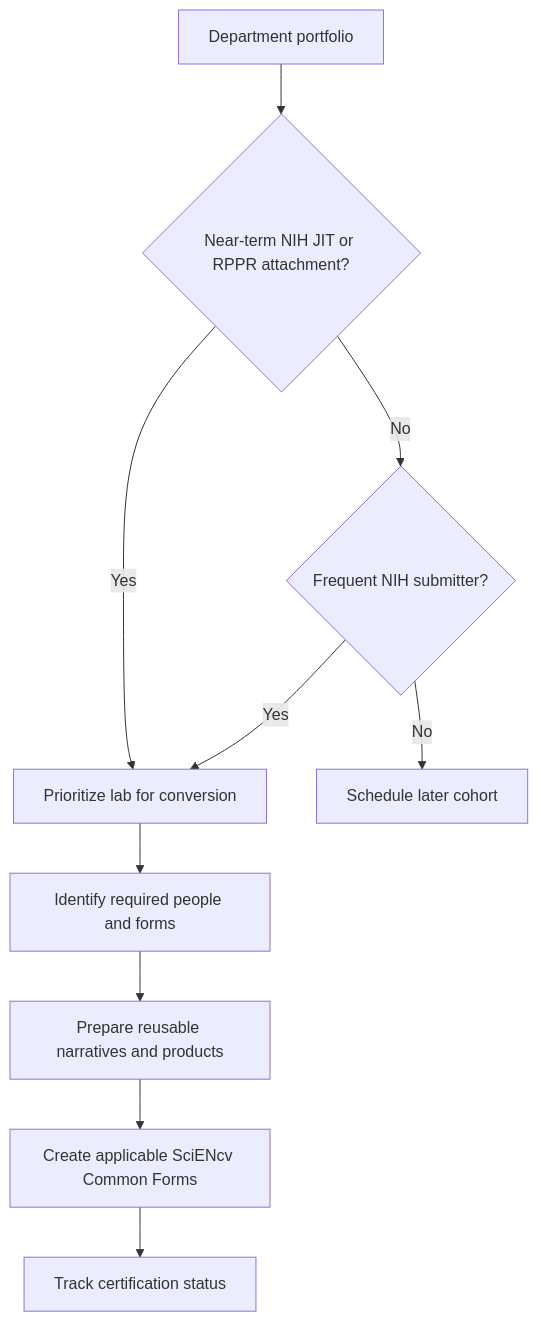
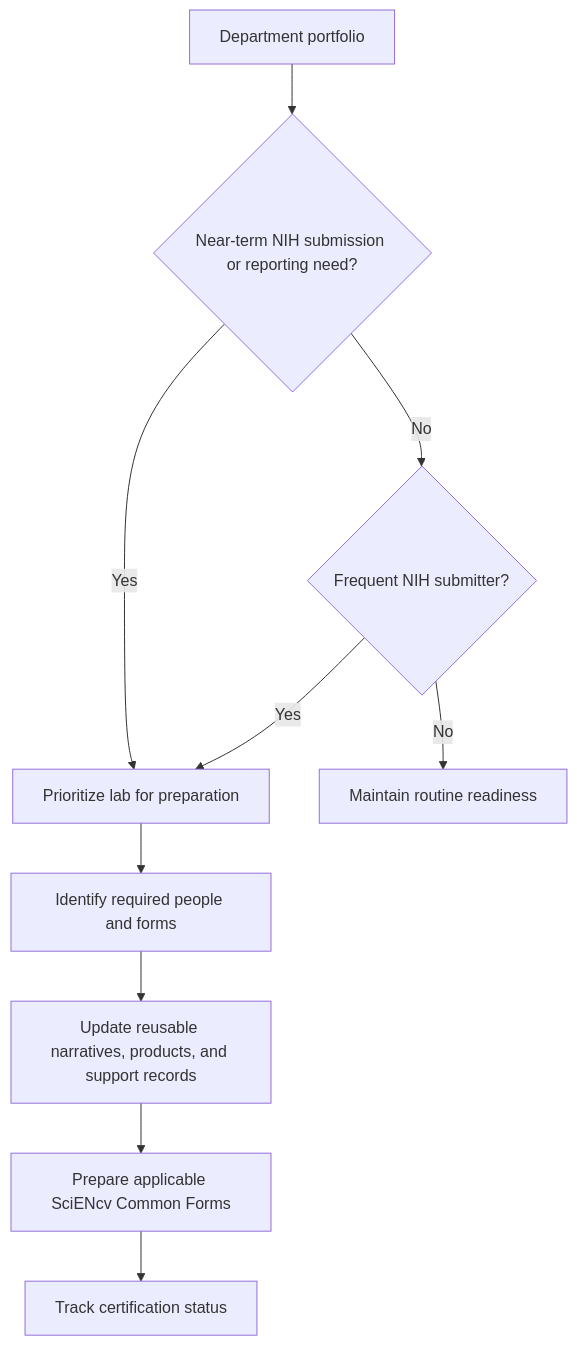
The diagram in docs/transition/bulk-migration.md (FritscheLab/nih-sciencv-playbook), drawn with Mermaid before and after one commit. The commit also changed other lines of this file and 60 other files, not shown here.

````diff
--- a/docs/transition/bulk-migration.md
+++ b/docs/transition/bulk-migration.md
@@ -16,14 +19,14 @@
 ```mermaid
 flowchart TD
-    accTitle: Bulk migration triage
-    accDescr: Bulk migration prioritizes active NIH labs and near-term RPPR or JIT needs, then standardizes templates and document naming.
-    A["Department portfolio"] --> B{"Near-term NIH JIT or RPPR attachment?"}
-    B -- "Yes" --> C["Prioritize lab for conversion"]
+    accTitle: Portfolio readiness triage
+    accDescr: Portfolio readiness prioritizes near-term NIH submissions and active labs, then maintains reusable content and tracks required certification.
+    A["Department portfolio"] --> B{"Near-term NIH submission or reporting need?"}
+    B -- "Yes" --> C["Prioritize lab for preparation"]
     B -- "No" --> D{"Frequent NIH submitter?"}
     D -- "Yes" --> C
-    D -- "No" --> E["Schedule later cohort"]
+    D -- "No" --> E["Maintain routine readiness"]
     C --> F["Identify required people and forms"]
-    F --> I["Prepare reusable narratives and products"]
-    I --> G["Create applicable SciENcv Common Forms"]
+    F --> I["Update reusable narratives, products, and support records"]
+    I --> G["Prepare applicable SciENcv Common Forms"]
     G --> H["Track certification status"]
 ```
````
